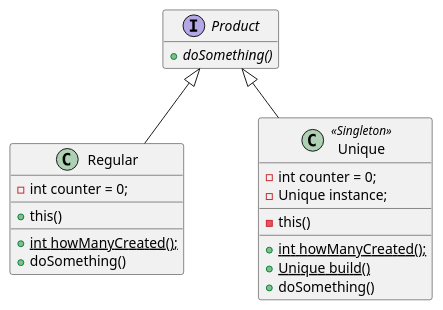
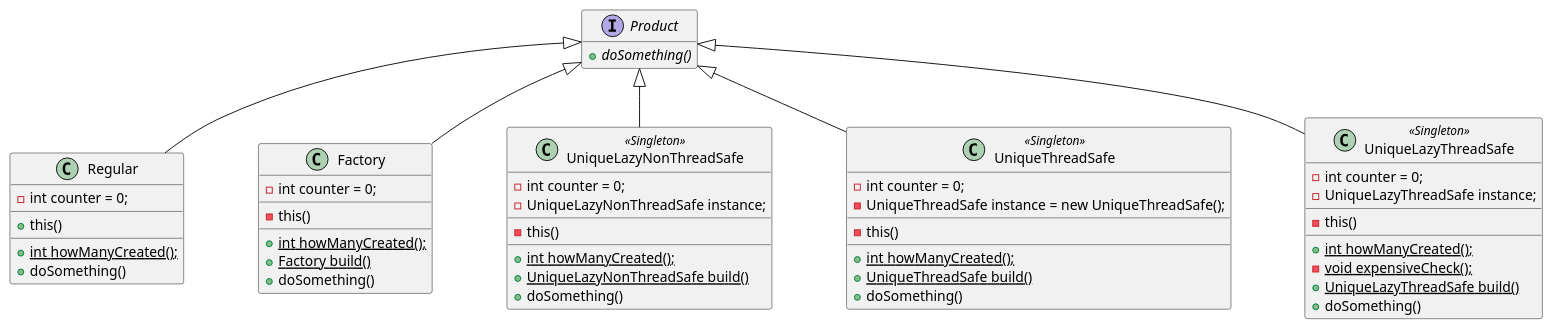
The diagram in extras/singleton/uml/_example.puml (ace-lectures/pattern-repository), drawn with PlantUML before and after one commit. The commit also changed 1 other file, not shown here.

Commit message:
:memo: update class example class diagram

```diff
--- a/extras/singleton/uml/_example.puml
+++ b/extras/singleton/uml/_example.puml
@@ -1,36 +1,71 @@
 @startuml
 
 skinparam nodesep 75
 skinparam ranksep 50
 hide empty members
 
 
 interface Product {
  + {abstract} doSomething()
 }
 
 
 class Regular {
   - int counter = 0;
   __
   + this()
   __
   + {static} int howManyCreated();
   + doSomething()
 }
 
-class Unique << Singleton >> {
+class Factory {
   - int counter = 0;
-  - Unique instance;
   __
   - this()
   __
   + {static} int howManyCreated();
-  + {static} Unique build()
+  + {static} Factory build()
+  + doSomething()
+}
+
+class UniqueLazyNonThreadSafe << Singleton >> {
+  - int counter = 0;
+  - UniqueLazyNonThreadSafe instance;
+  __
+  - this()
+  __
+  + {static} int howManyCreated();
+  + {static} UniqueLazyNonThreadSafe build()
+  + doSomething()
+}
+
+class UniqueThreadSafe << Singleton >> {
+  - int counter = 0;
+  - UniqueThreadSafe instance = new UniqueThreadSafe();
+  __
+  - this()
+  __
+  + {static} int howManyCreated();
+  + {static} UniqueThreadSafe build()
+  + doSomething()
+}
+
+class UniqueLazyThreadSafe << Singleton >> {
+  - int counter = 0;
+  - UniqueLazyThreadSafe instance;
+  __
+  - this()
+  __
+  + {static} int howManyCreated();
+  - {static} void expensiveCheck();
+  + {static} UniqueLazyThreadSafe build()
   + doSomething()
 }
 
 Product <|-- Regular
-Product <|-- Unique
-
+Product <|-- Factory
+Product <|-- UniqueLazyNonThreadSafe
+Product <|-- UniqueThreadSafe
+Product <|-- UniqueLazyThreadSafe
 @enduml
```
